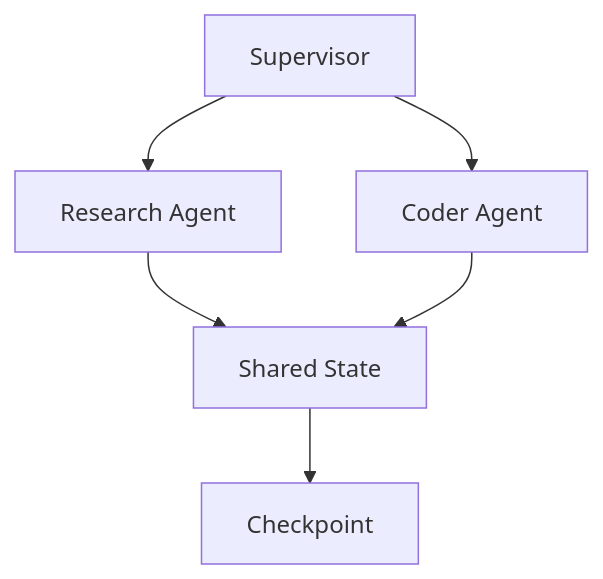
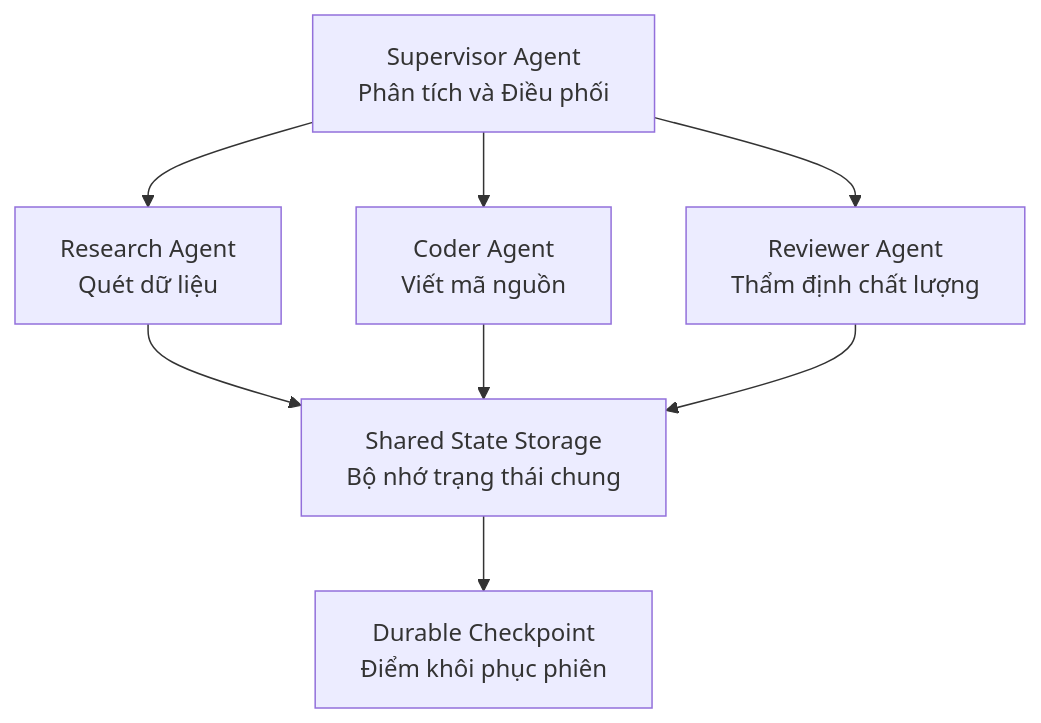
Before and after one commit to nguyengoctin/my_website: the second of 2 diagrams in content/posts/tu-prompt-engineering-den-graph-engineering.md, drawn with Mermaid. The commit also changed other lines of this file and 34 other files, not shown here.

````diff
--- a/content/posts/tu-prompt-engineering-den-graph-engineering.md
+++ b/content/posts/tu-prompt-engineering-den-graph-engineering.md
@@ -61,13 +65,16 @@
 ```mermaid
 flowchart TD
-    Supervisor["`Supervisor`"]
-    NodeA["`Research Agent`"]
-    NodeB["`Coder Agent`"]
-    SharedState["`Shared State`"]
-    Checkpoint["`Checkpoint`"]
+    Supervisor["Supervisor Agent<br/>Phân tích và Điều phối"]
+    NodeA["Research Agent<br/>Quét dữ liệu"]
+    NodeB["Coder Agent<br/>Viết mã nguồn"]
+    NodeC["Reviewer Agent<br/>Thẩm định chất lượng"]
+    SharedState["Shared State Storage<br/>Bộ nhớ trạng thái chung"]
+    Checkpoint["Durable Checkpoint<br/>Điểm khôi phục phiên"]
     Supervisor --> NodeA
     Supervisor --> NodeB
+    Supervisor --> NodeC
     NodeA --> SharedState
     NodeB --> SharedState
+    NodeC --> SharedState
     SharedState --> Checkpoint
 ```
````
